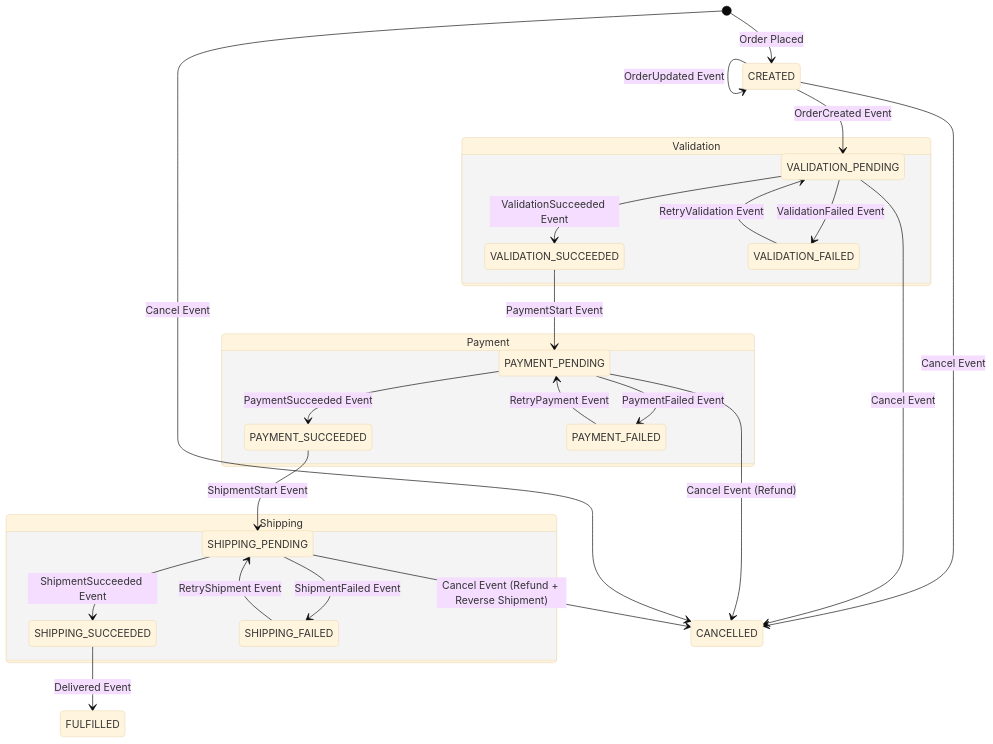
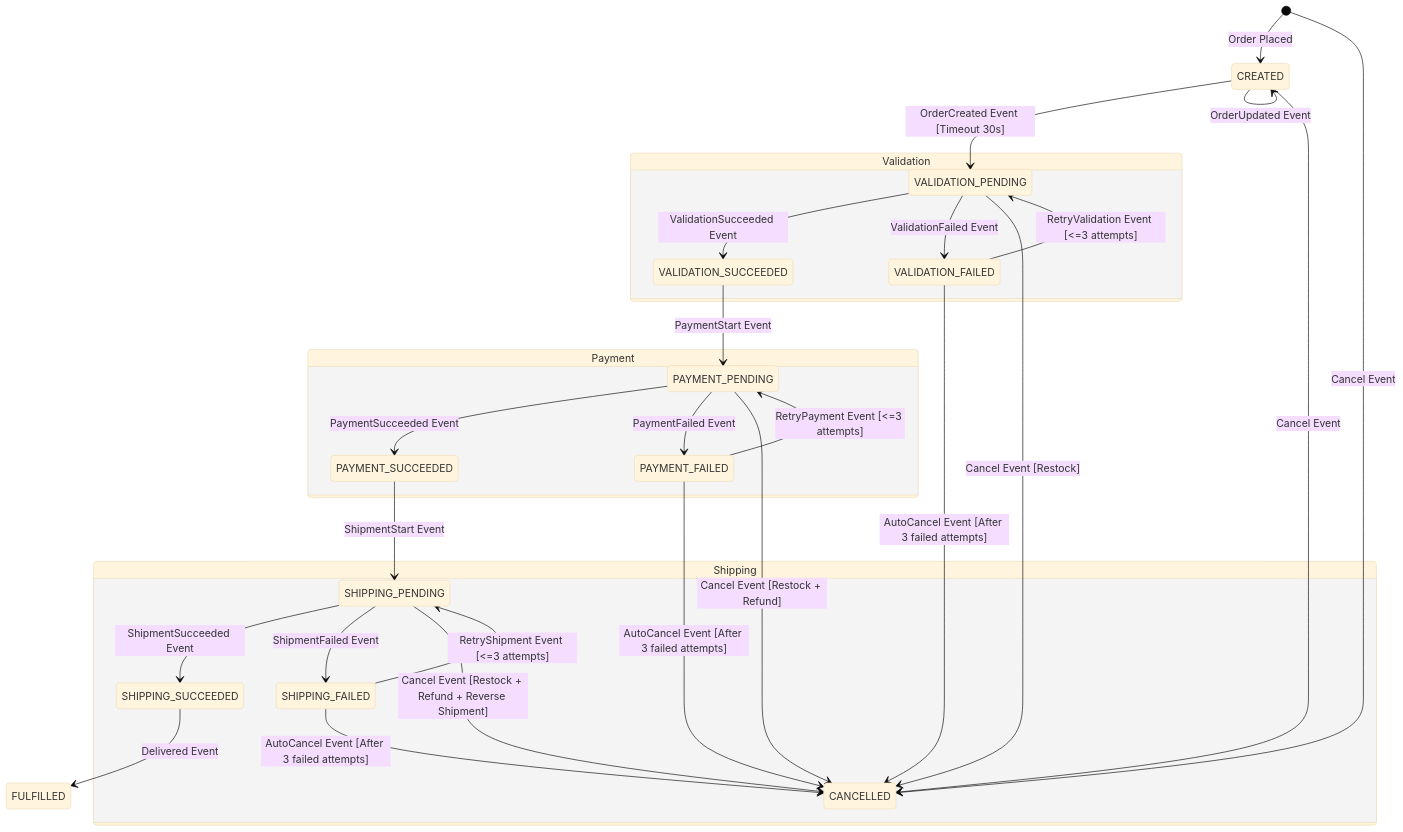
Before and after one commit to puitiza/ecommerce: the diagram in config/docs/order-state-machine.md, drawn with Mermaid (base theme). The commit also changed other lines of this file and 23 other files, not shown here.

Commit message:
product-service is ready , just need a small fix for order_created

````diff
--- a/config/docs/order-state-machine.md
+++ b/config/docs/order-state-machine.md
@@ -29,29 +29,32 @@
 ```mermaid
 stateDiagram-v2
     [*] --> CREATED: Order Placed
-    CREATED --> VALIDATION_PENDING: OrderCreated Event
+    CREATED --> VALIDATION_PENDING: OrderCreated Event [Timeout 30s]
     CREATED --> CREATED: OrderUpdated Event
     state Validation {
         VALIDATION_PENDING --> VALIDATION_SUCCEEDED: ValidationSucceeded Event
         VALIDATION_PENDING --> VALIDATION_FAILED: ValidationFailed Event
-        VALIDATION_FAILED --> VALIDATION_PENDING: RetryValidation Event
+        VALIDATION_FAILED --> VALIDATION_PENDING: RetryValidation Event [<=3 attempts]
+        VALIDATION_FAILED --> CANCELLED: AutoCancel Event [After 3 failed attempts]
     }
     VALIDATION_SUCCEEDED --> PAYMENT_PENDING: PaymentStart Event
     state Payment {
         PAYMENT_PENDING --> PAYMENT_SUCCEEDED: PaymentSucceeded Event
         PAYMENT_PENDING --> PAYMENT_FAILED: PaymentFailed Event
-        PAYMENT_FAILED --> PAYMENT_PENDING: RetryPayment Event
+        PAYMENT_FAILED --> PAYMENT_PENDING: RetryPayment Event [<=3 attempts]
+        PAYMENT_FAILED --> CANCELLED: AutoCancel Event [After 3 failed attempts]
     }
     PAYMENT_SUCCEEDED --> SHIPPING_PENDING: ShipmentStart Event
     state Shipping {
         SHIPPING_PENDING --> SHIPPING_SUCCEEDED: ShipmentSucceeded Event
         SHIPPING_PENDING --> SHIPPING_FAILED: ShipmentFailed Event
-        SHIPPING_FAILED --> SHIPPING_PENDING: RetryShipment Event
+        SHIPPING_FAILED --> SHIPPING_PENDING: RetryShipment Event [<=3 attempts]
+        SHIPPING_FAILED --> CANCELLED: AutoCancel Event [After 3 failed attempts]
     }
     SHIPPING_SUCCEEDED --> FULFILLED: Delivered Event
     CREATED --> CANCELLED: Cancel Event
-    VALIDATION_PENDING --> CANCELLED: Cancel Event
-    PAYMENT_PENDING --> CANCELLED: Cancel Event (Refund)
-    SHIPPING_PENDING --> CANCELLED: Cancel Event (Refund + Reverse Shipment)
+    VALIDATION_PENDING --> CANCELLED: Cancel Event [Restock]
+    PAYMENT_PENDING --> CANCELLED: Cancel Event [Restock + Refund]
+    SHIPPING_PENDING --> CANCELLED: Cancel Event [Restock + Refund + Reverse Shipment]
     [*] --> CANCELLED: Cancel Event
 ```
````
